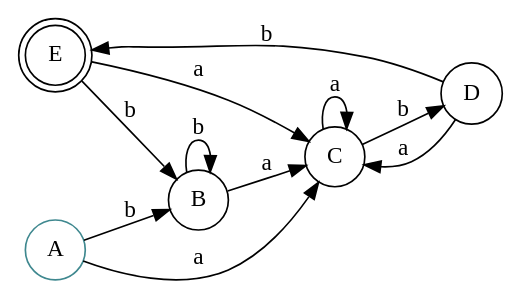
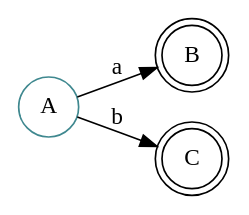
One commit to josepablito16/Regex-Engine changed the diagram in Entrega final/NFD_Actual.gv. Above: the diagram before and after it, drawn with Graphviz. The commit also changed 6 other files, not shown here.

```diff
--- a/Entrega final/NFD_Actual.gv
+++ b/Entrega final/NFD_Actual.gv
@@ -1,17 +1,10 @@
 digraph finite_state_machine {
 	rankdir=LR size="8,5"
 	node [shape=doublecircle]
-	E
+	B
+	C
 	node [shape=circle]
 	A [color="#3F888F"]
-	A -> B [label=b]
-	A -> C [label=a]
-	B -> B [label=b]
-	B -> C [label=a]
-	C -> D [label=b]
-	C -> C [label=a]
-	D -> E [label=b]
-	D -> C [label=a]
-	E -> B [label=b]
-	E -> C [label=a]
+	A -> B [label=a]
+	A -> C [label=b]
 }
```
